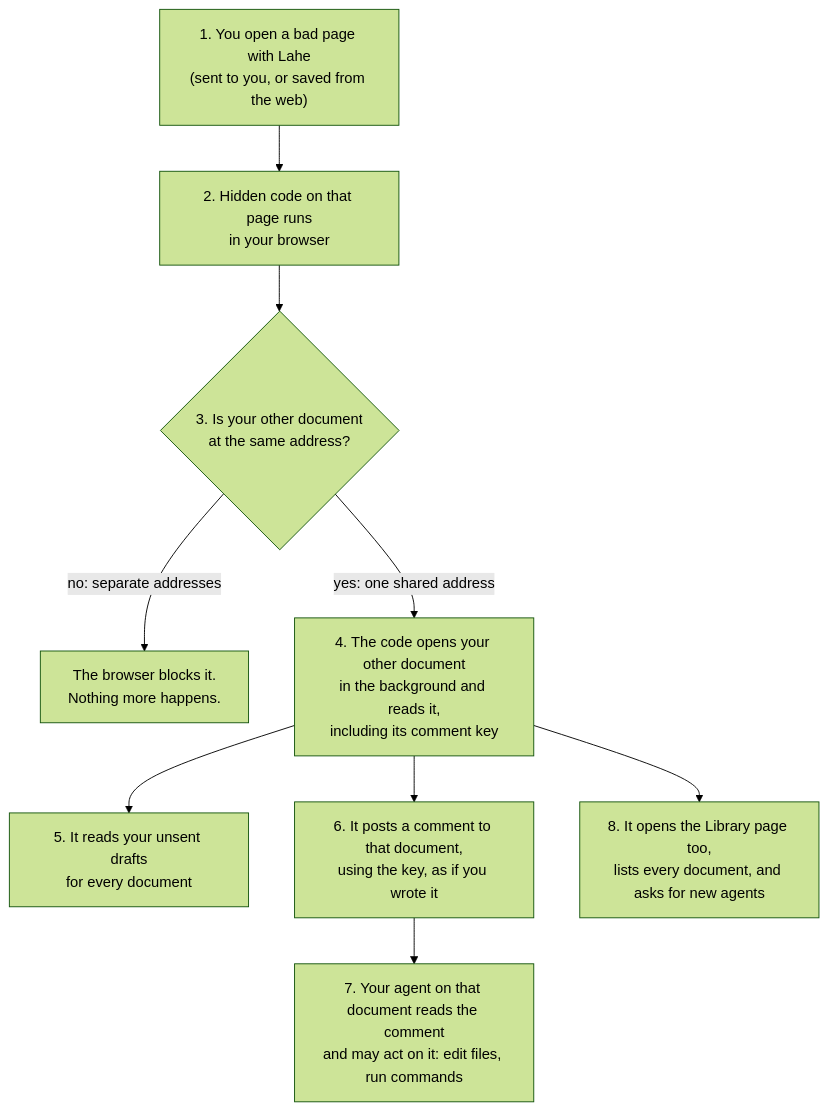
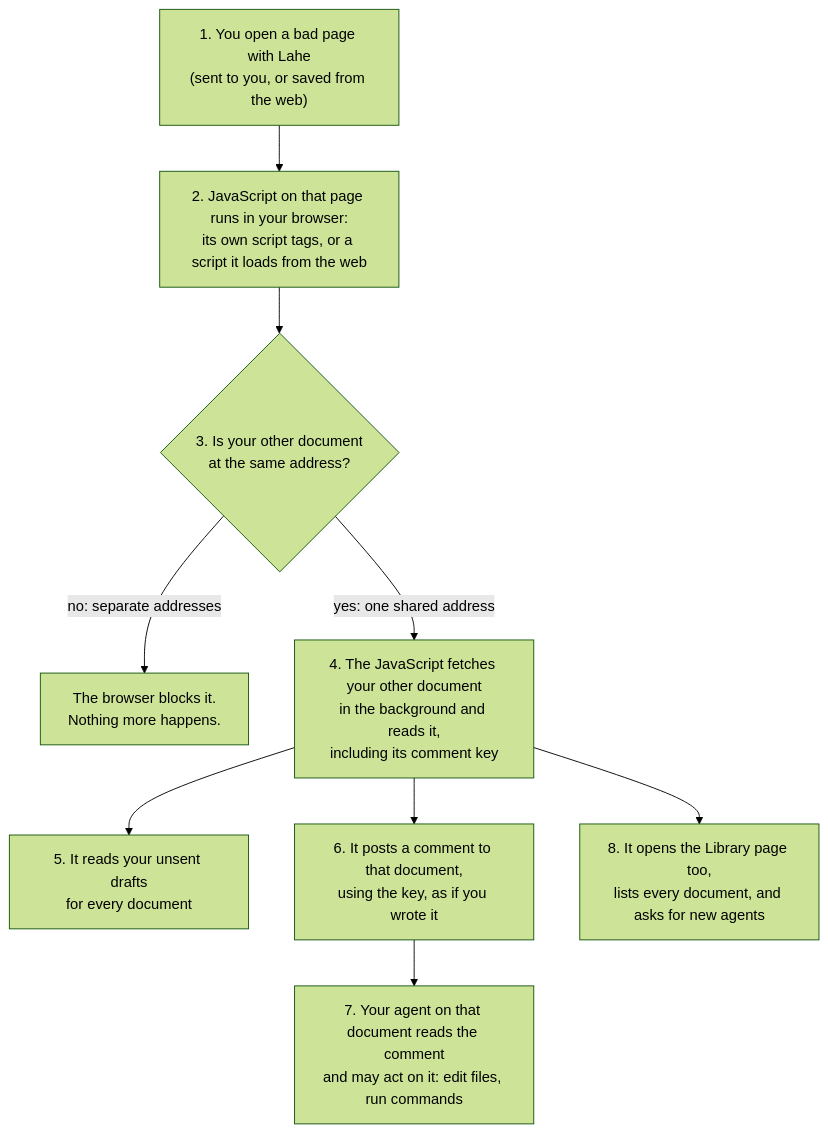
Before and after one commit to kenxle/live-agentic-html-editor: the diagram in docs/ongoing/STABLE_ADDRESSES.md, drawn with Mermaid (forest theme). The commit also changed other lines of this file, not shown here.

Commit message:
Stable addresses: say JavaScript, not hidden code

````diff
--- a/docs/ongoing/STABLE_ADDRESSES.md
+++ b/docs/ongoing/STABLE_ADDRESSES.md
@@ -81,11 +81,11 @@
 ```mermaid
 flowchart TD
-    A["1. You open a bad page with Lahe<br/>(sent to you, or saved from the web)"] --> B["2. Hidden code on that page runs<br/>in your browser"]
+    A["1. You open a bad page with Lahe<br/>(sent to you, or saved from the web)"] --> B["2. JavaScript on that page runs in your browser:<br/>its own script tags, or a script it loads from the web"]
     B --> C{"3. Is your other document<br/>at the same address?"}
     C -->|"no: separate addresses"| Stop["The browser blocks it.<br/>Nothing more happens."]
-    C -->|"yes: one shared address"| D["4. The code opens your other document<br/>in the background and reads it,<br/>including its comment key"]
+    C -->|"yes: one shared address"| D["4. The JavaScript fetches your other document<br/>in the background and reads it,<br/>including its comment key"]
     D --> E["5. It reads your unsent drafts<br/>for every document"]
     D --> F["6. It posts a comment to that document,<br/>using the key, as if you wrote it"]
     F --> G["7. Your agent on that document reads the comment<br/>and may act on it: edit files, run commands"]
     D --> H["8. It opens the Library page too,<br/>lists every document, and asks for new agents"]
 ```
````
